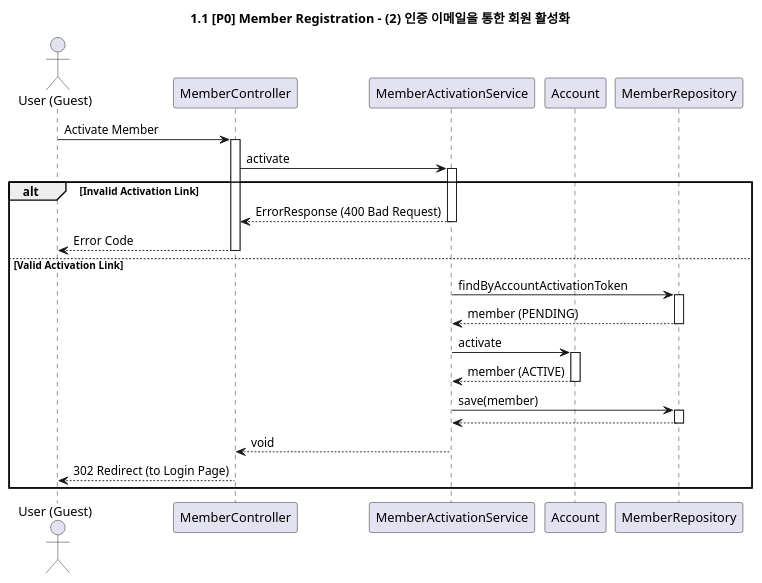
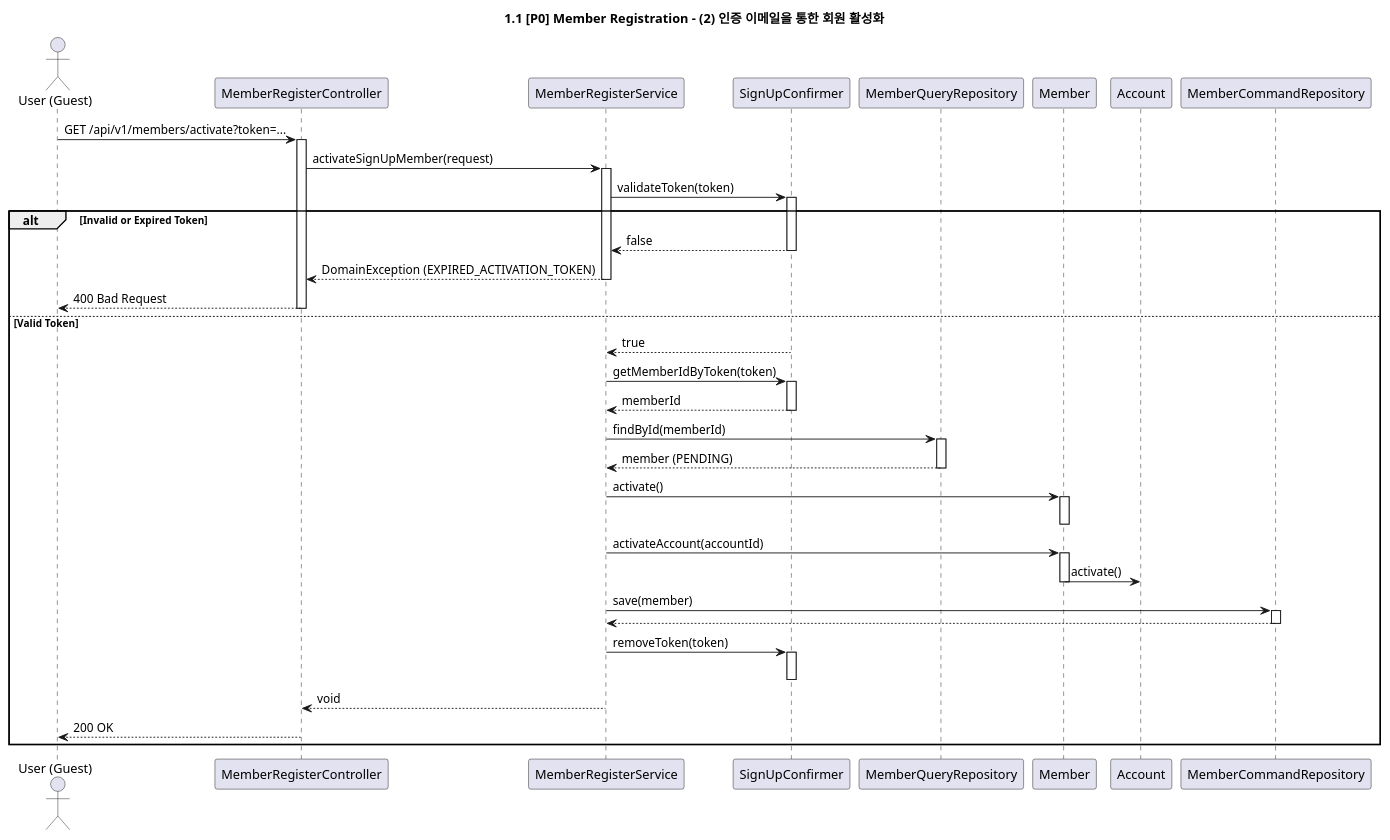
One commit to f-lab-edu/learning-manager changed the diagram in docs/sequences/1.1_member_registration_activation.puml. Above: the diagram before and after it, drawn with PlantUML. The commit also changed 49 other files, not shown here.

```diff
--- a/docs/sequences/1.1_member_registration_activation.puml
+++ b/docs/sequences/1.1_member_registration_activation.puml
@@ -1,47 +1,68 @@
 @startuml
 
 title 1.1 [P0] Member Registration - (2) 인증 이메일을 통한 회원 활성화
 
 actor "User (Guest)" as User
-participant "MemberController" as Controller
-participant "MemberActivationService" as AppService
+participant "MemberRegisterController" as Controller
+participant "MemberRegisterService" as AppService
+participant "SignUpConfirmer" as Confirmer
+participant "MemberQueryRepository" as QueryRepo
+participant "Member" as MemberDomain
 participant "Account" as AccountDomain
-participant "MemberRepository" as Repository
+participant "MemberCommandRepository" as CommandRepo
 
-User -> Controller: Activate Member
+User -> Controller: GET /api/v1/members/activate?token=...
 activate Controller
 
-Controller -> AppService: activate
+Controller -> AppService: activateSignUpMember(request)
 activate AppService
 
-alt Invalid Activation Link
-    AppService --> Controller: ErrorResponse (400 Bad Request)
+AppService -> Confirmer: validateToken(token)
+activate Confirmer
+alt Invalid or Expired Token
+    Confirmer --> AppService: false
+    deactivate Confirmer
+    AppService --> Controller: DomainException (EXPIRED_ACTIVATION_TOKEN)
     deactivate AppService
-    Controller --> User: Error Code
+    Controller --> User: 400 Bad Request
     deactivate Controller
-else Valid Activation Link
+else Valid Token
+    Confirmer --> AppService: true
+    deactivate Confirmer
 
-AppService -> Repository: findByAccountActivationToken
-activate Repository
-Repository --> AppService: member (PENDING)
-deactivate Repository
+    AppService -> Confirmer: getMemberIdByToken(token)
+    activate Confirmer
+    Confirmer --> AppService: memberId
+    deactivate Confirmer
 
-AppService -> AccountDomain: activate
-activate AccountDomain
-AccountDomain --> AppService: member (ACTIVE)
-deactivate AccountDomain
+    AppService -> QueryRepo: findById(memberId)
+    activate QueryRepo
+    QueryRepo --> AppService: member (PENDING)
+    deactivate QueryRepo
 
-AppService -> Repository: save(member)
-activate Repository
-Repository --> AppService
-deactivate Repository
+    AppService -> MemberDomain: activate()
+    activate MemberDomain
+    deactivate MemberDomain
 
-AppService --> Controller: void
-deactivate AppService
+    AppService -> MemberDomain: activateAccount(accountId)
+    activate MemberDomain
+    MemberDomain -> AccountDomain: activate()
+    deactivate MemberDomain
 
-Controller --> User: 302 Redirect (to Login Page)
-deactivate Controller
+    AppService -> CommandRepo: save(member)
+    activate CommandRepo
+    CommandRepo --> AppService
+    deactivate CommandRepo
 
+    AppService -> Confirmer: removeToken(token)
+    activate Confirmer
+    deactivate Confirmer
+
+    AppService --> Controller: void
+    deactivate AppService
+
+    Controller --> User: 200 OK
+    deactivate Controller
 end
 
 @enduml
```
